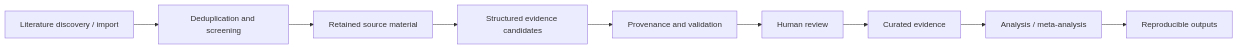
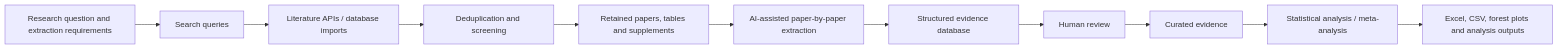
The diagram in README.md (Niedharsan/meta-analysis-platform), drawn with Mermaid before and after one commit. The commit also changed other lines of this file, not shown here.

Commit message:
Clarify end-to-end meta-analysis workflow

````diff
--- a/README.md
+++ b/README.md
@@ -13,11 +17,13 @@
 ```mermaid
 flowchart LR
-    A[Literature discovery / import] --> B[Deduplication and screening]
-    B --> C[Retained source material]
-    C --> D[Structured evidence candidates]
-    D --> E[Provenance and validation]
-    E --> F[Human review]
-    F --> G[Curated evidence]
-    G --> H[Analysis / meta-analysis]
-    H --> I[Reproducible outputs]
+    A[Research question and extraction requirements] --> B[Search queries]
+    B --> C[Literature APIs / database imports]
+    C --> D[Deduplication and screening]
+    D --> E[Retained papers, tables and supplements]
+    E --> F[AI-assisted paper-by-paper extraction]
+    F --> G[Structured evidence database]
+    G --> H[Human review]
+    H --> I[Curated evidence]
+    I --> J[Statistical analysis / meta-analysis]
+    J --> K[Excel, CSV, forest plots and analysis outputs]
 ```
````
